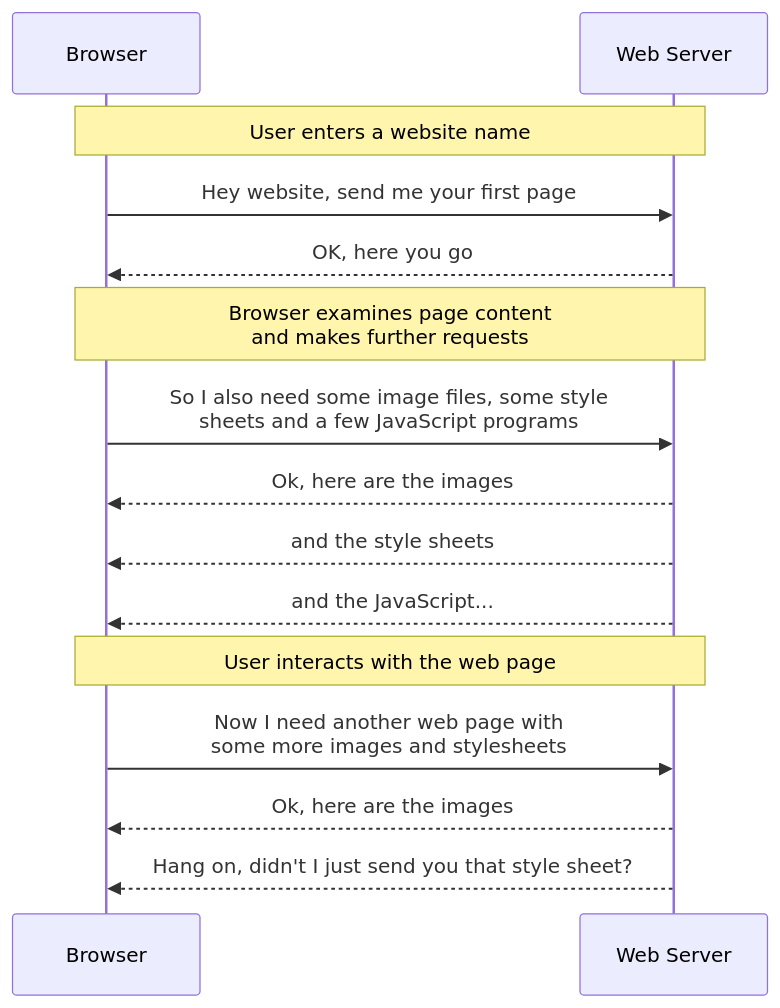
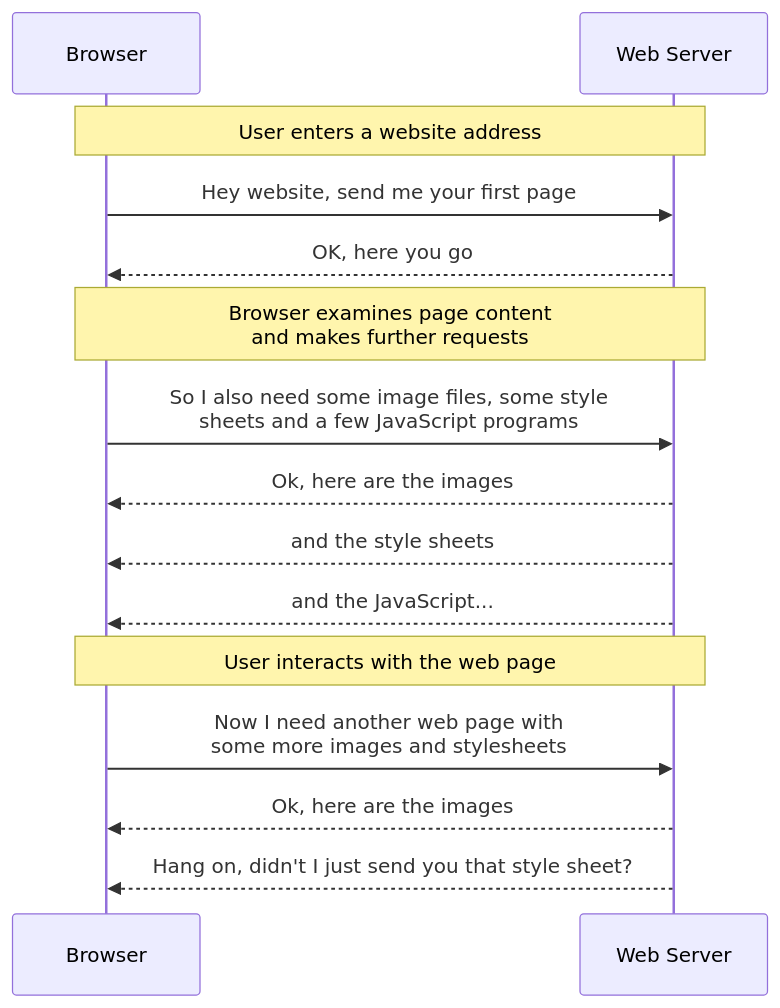
One commit to ChrisWhealy/edge-cdn-store changed the diagram in README.md. Above: the diagram before and after it, drawn with Mermaid. The commit also changed other lines of this file, not shown here.

````diff
--- a/README.md
+++ b/README.md
@@ -14,20 +14,20 @@
 ```mermaid
 sequenceDiagram
     participant Browser
     participant Web Server
     
-    Note over Browser, Web Server: User enters a website name
+    Note over Browser, Web Server: User enters a website address
     Browser->>Web Server: Hey website, send me your first page
     Web Server-->>Browser: OK, here you go
     
     Note over Browser, Web Server: Browser examines page content<br>and makes further requests
     Browser->>Web Server: So I also need some image files, some style<br>sheets and a few JavaScript programs
     Web Server-->>Browser: Ok, here are the images
     Web Server-->>Browser: and the style sheets
     Web Server-->>Browser: and the JavaScript...
     
     Note over Browser, Web Server: User interacts with the web page
     Browser->>Web Server: Now I need another web page with<br>some more images and stylesheets
     Web Server-->>Browser: Ok, here are the images
     Web Server-->>Browser: Hang on, didn't I just send you that style sheet? 
 ```
````
